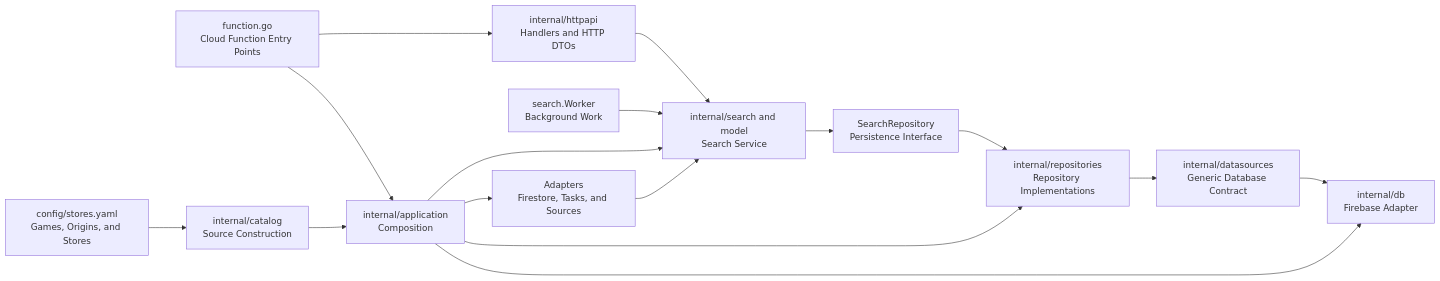
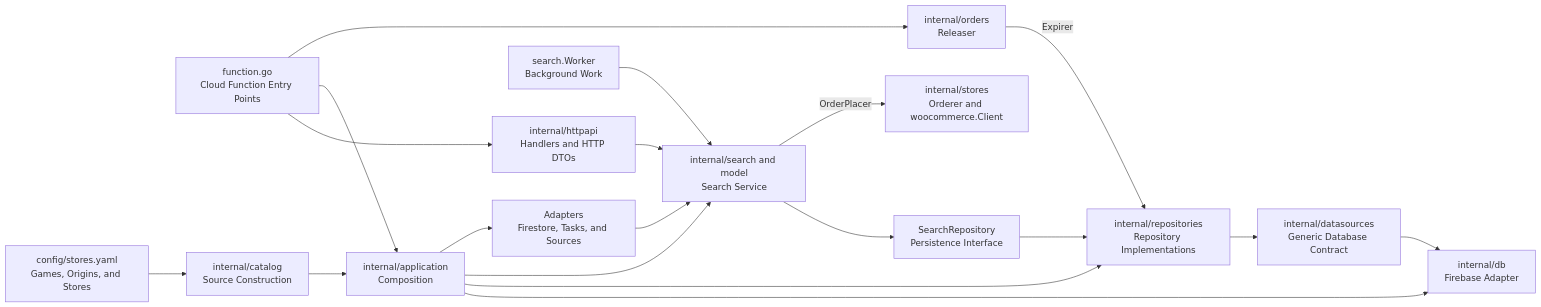
Before and after one commit to metaliaw/muchi: the fourth of 4 diagrams in backend/docs/architecture.md, drawn with Mermaid. The commit also changed other lines of this file and 1 other file, not shown here.

Commit message:
Draw the purchase flow in the architecture docs

````diff
--- a/backend/docs/architecture.md
+++ b/backend/docs/architecture.md
@@ -142,31 +203,36 @@
 ```mermaid
 flowchart LR
     function[function.go<br/>Cloud Function Entry Points]
     transport[internal/httpapi<br/>Handlers and HTTP DTOs]
     application[internal/application<br/>Composition]
     catalog[internal/catalog<br/>Source Construction]
     domain[internal/search and model<br/>Search Service]
+    orderer[internal/stores<br/>Orderer and woocommerce.Client]
+    releaser[internal/orders<br/>Releaser]
     repository[SearchRepository<br/>Persistence Interface]
     repositories[internal/repositories<br/>Repository Implementations]
     datasources[internal/datasources<br/>Generic Database Contract]
     database[internal/db<br/>Firebase Adapter]
     worker[search.Worker<br/>Background Work]
     config[config/stores.yaml<br/>Games, Origins, and Stores]
     adapters[Adapters<br/>Firestore, Tasks, and Sources]
 
     function --> transport
     function --> application
     transport --> domain
     worker --> domain
     domain --> repository
     repository --> repositories
     repositories --> datasources
     datasources --> database
     application --> database
     application --> repositories
     config --> catalog
     catalog --> application
     application --> domain
     application --> adapters
+    domain -->|OrderPlacer| orderer
+    function --> releaser
+    releaser -->|Expirer| repositories
     adapters --> domain
 ```
````
